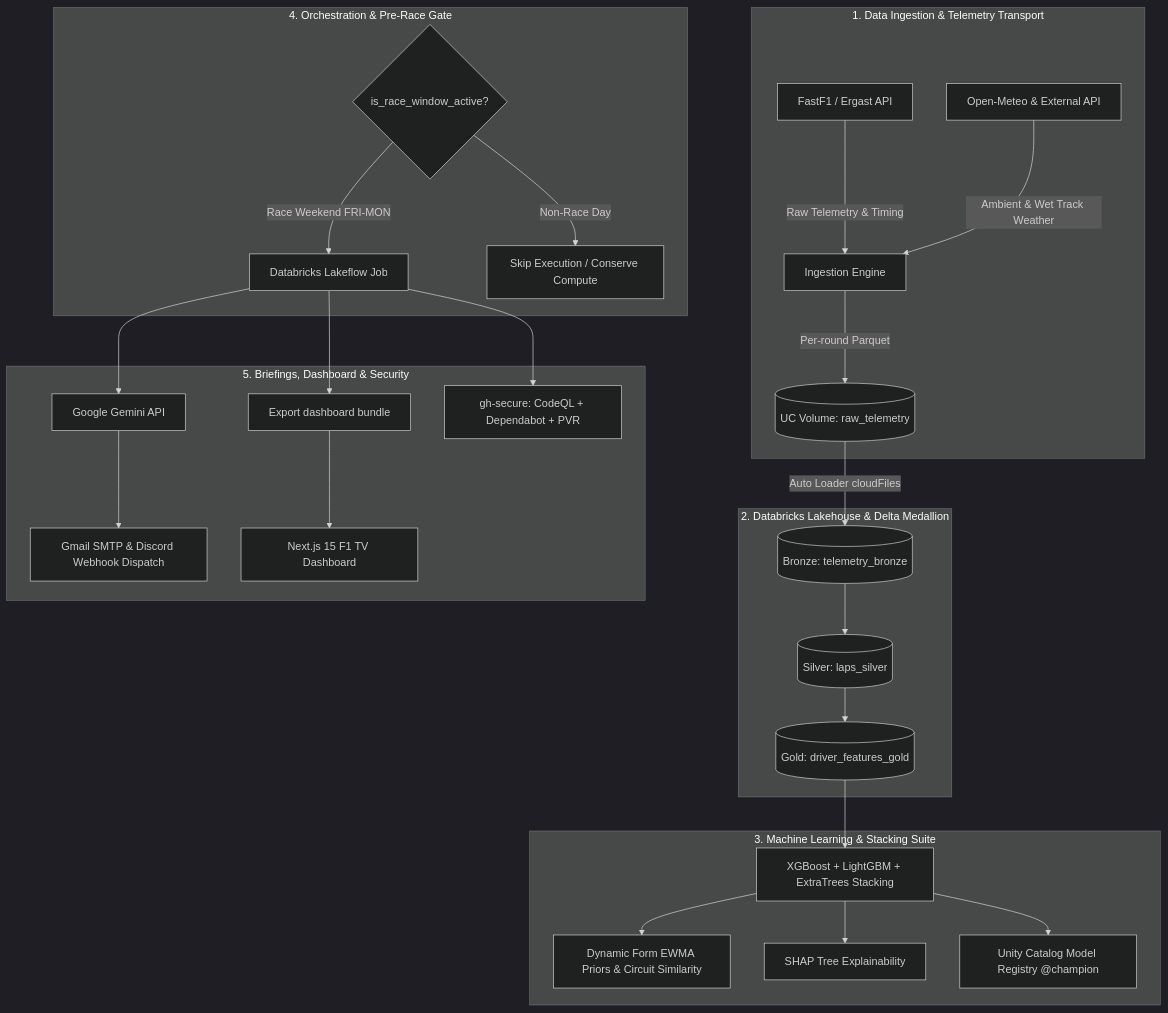
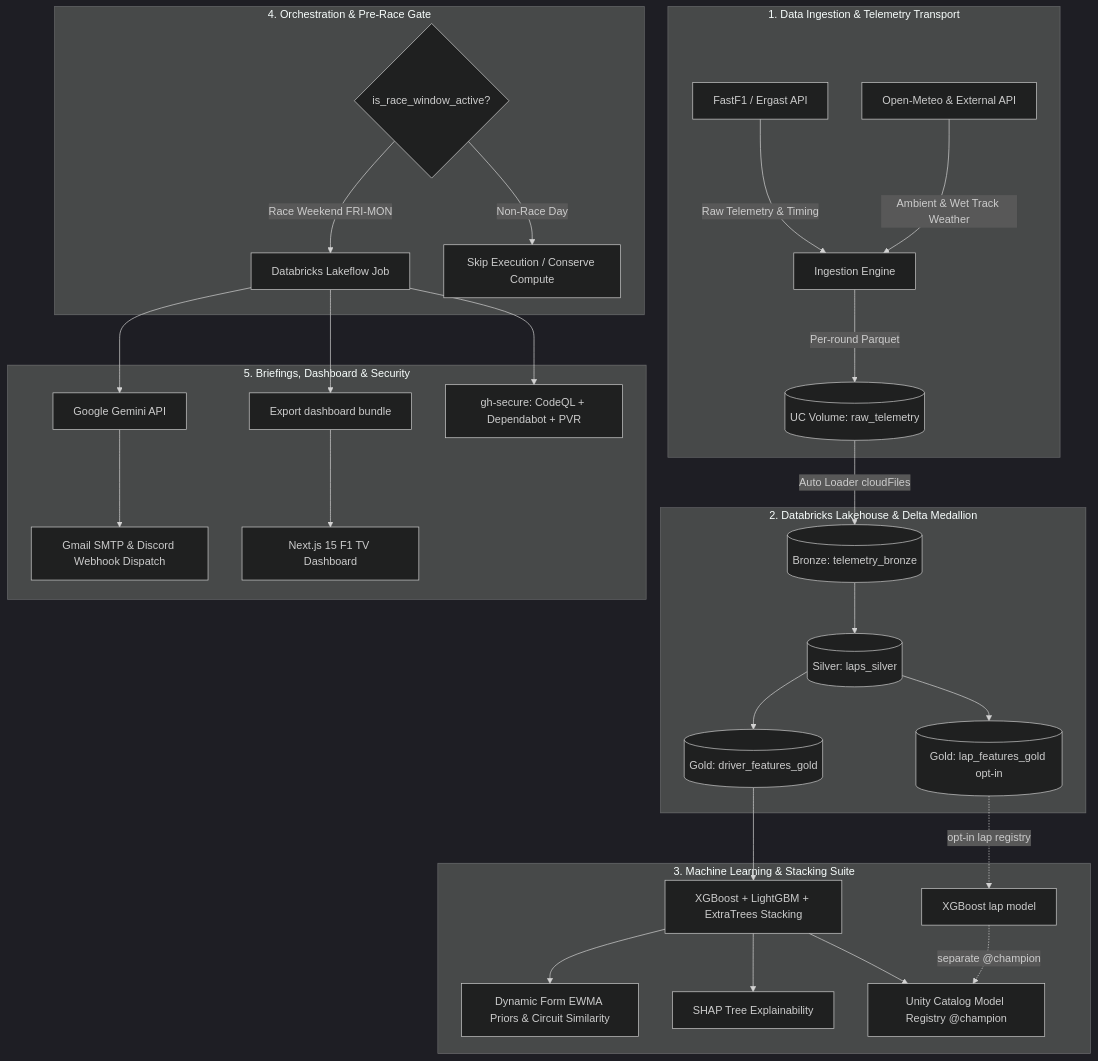
The diagram in docs/ARCHITECTURE.md (JuanjoRestrepo/f1_2026_predictions), drawn with Mermaid (dark theme) before and after one commit. The commit also changed other lines of this file and 12 other files, not shown here.

First line of the commit message:
feat(features): bridge DLT and local lap feature schemas (Task 21.3) (#42)

````diff
--- a/docs/ARCHITECTURE.md
+++ b/docs/ARCHITECTURE.md
@@ -9,35 +9,38 @@
 ```mermaid
 flowchart TD
     subgraph Data Layer [1. Data Ingestion & Telemetry Transport]
         FastF1[FastF1 / Ergast API] --> |Raw Telemetry & Timing| Ingest[Ingestion Engine]
         Weather[Open-Meteo & External API] --> |Ambient & Wet Track Weather| Ingest
         Ingest --> |Per-round Parquet| Volume[(UC Volume: raw_telemetry)]
     end
 
     subgraph Databricks [2. Databricks Lakehouse & Delta Medallion]
         Volume --> |Auto Loader cloudFiles| Bronze[(Bronze: telemetry_bronze)]
         Bronze --> Silver[(Silver: laps_silver)]
-        Silver --> Gold[(Gold: driver_features_gold)]
+        Silver --> GoldAgg[(Gold: driver_features_gold)]
+        Silver --> GoldLap[(Gold: lap_features_gold opt-in)]
     end
 
     subgraph ML Pipeline [3. Machine Learning & Stacking Suite]
-        Gold --> Train[XGBoost + LightGBM + ExtraTrees Stacking]
+        GoldAgg --> Train[XGBoost + LightGBM + ExtraTrees Stacking]
+        GoldLap -.->|opt-in lap registry| LapTrain[XGBoost lap model]
         Train --> Dynamic[Dynamic Form EWMA Priors & Circuit Similarity]
         Train --> SHAP[SHAP Tree Explainability]
         Train --> UC[Unity Catalog Model Registry @champion]
+        LapTrain -.->|separate @champion| UC
     end
 
     subgraph Orchestration [4. Orchestration & Pre-Race Gate]
         Gate{is_race_window_active?}
         Gate --> |Race Weekend FRI-MON| Workflow[Databricks Lakeflow Job]
         Gate --> |Non-Race Day| Skip[Skip Execution / Conserve Compute]
     end
 
     subgraph Delivery & Security [5. Briefings, Dashboard & Security]
         Workflow --> Gemini[Google Gemini API]
         Gemini --> Briefings[Gmail SMTP & Discord Webhook Dispatch]
         Workflow --> Publish[Export dashboard bundle]
         Publish --> Dashboard[Next.js 15 F1 TV Dashboard]
         Workflow --> Security[gh-secure: CodeQL + Dependabot + PVR]
     end
 ```
````
